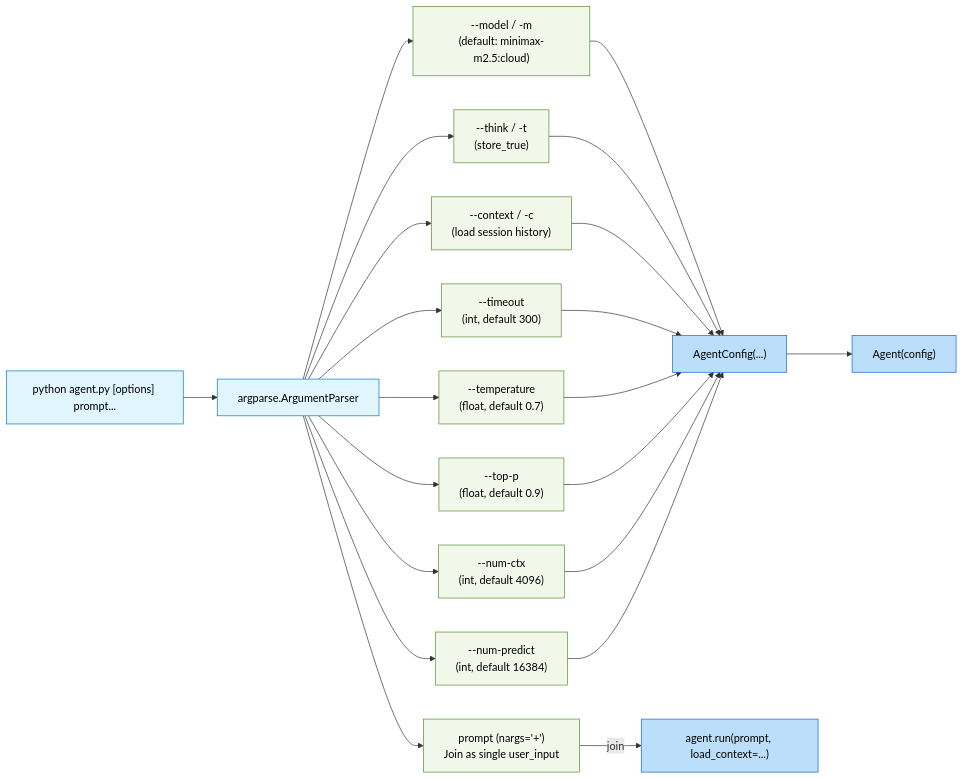
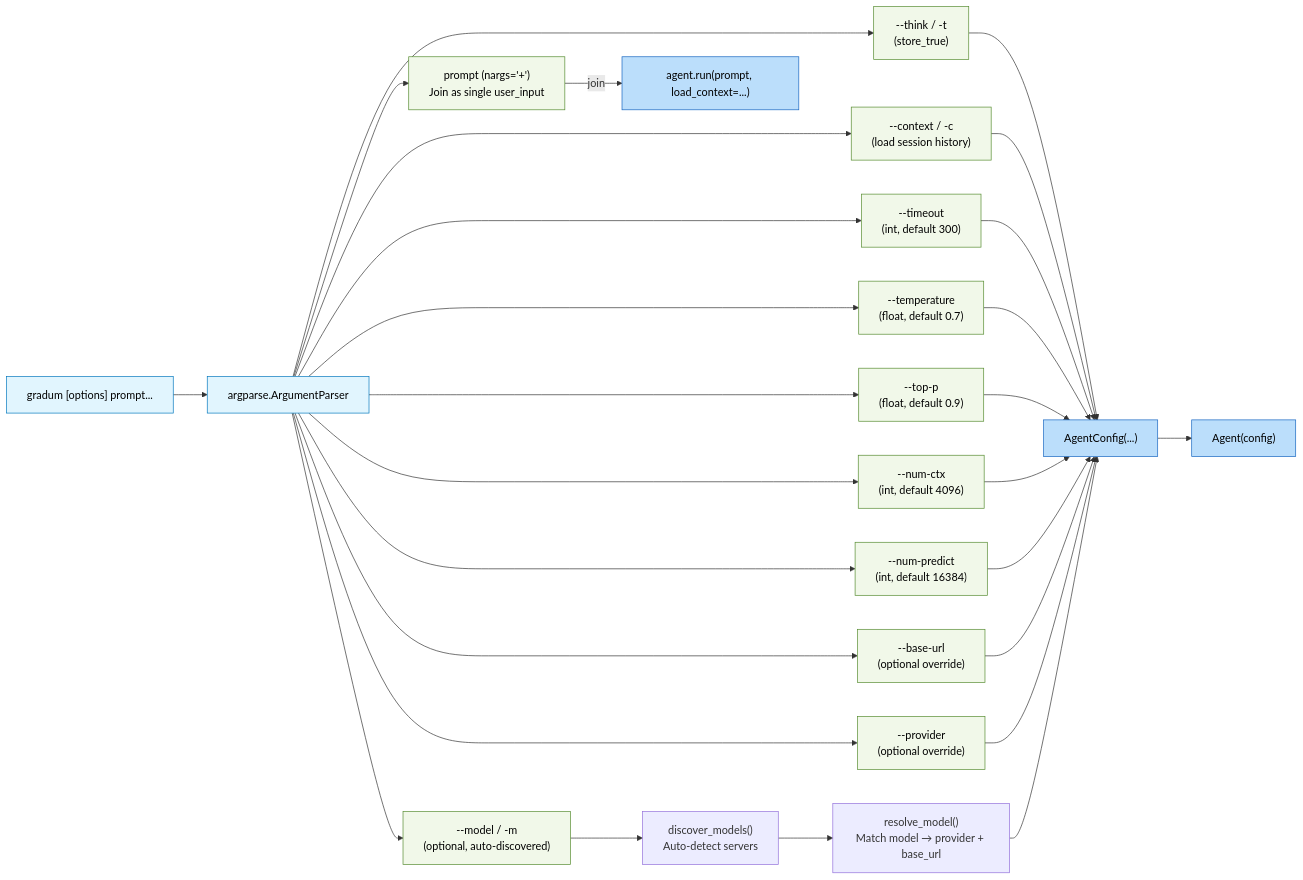
The eighth of 14 diagrams in docs/ARCHITECTURE.md (lg841226/Gradum), drawn with Mermaid before and after one commit. The commit also changed other lines of this file and 7 other files, not shown here.

````diff
--- a/docs/ARCHITECTURE.md
+++ b/docs/ARCHITECTURE.md
@@ -696,33 +725,39 @@
 ```mermaid
 graph LR
-    CLI["python agent.py [options] prompt..."]:::cli
+    CLI["gradum [options] prompt..."]:::cli
     Parser["argparse.ArgumentParser"]:::cli
 
     CLI --> Parser
 
-    Parser --> M["--model / -m<br/>(default: minimax-m2.5:cloud)"]:::opt
+    Parser --> M["--model / -m<br/>(optional, auto-discovered)"]:::opt
     Parser --> T["--think / -t<br/>(store_true)"]:::opt
     Parser --> C["--context / -c<br/>(load session history)"]:::opt
     Parser --> TO["--timeout<br/>(int, default 300)"]:::opt
     Parser --> TEMP["--temperature<br/>(float, default 0.7)"]:::opt
     Parser --> TP["--top-p<br/>(float, default 0.9)"]:::opt
     Parser --> NC["--num-ctx<br/>(int, default 4096)"]:::opt
     Parser --> NP["--num-predict<br/>(int, default 16384)"]:::opt
+    Parser --> BU["--base-url<br/>(optional override)"]:::opt
+    Parser --> PR["--provider<br/>(optional override)"]:::opt
     Parser --> P["prompt (nargs='+')<br/>Join as single user_input"]:::opt
 
-    M --> Cfg["AgentConfig(...)"]:::core
-    T --> Cfg
+    M --> Disc["discover_models()<br/>Auto-detect servers"]
+    Disc --> Resolve["resolve_model()<br/>Match model → provider + base_url"]
+    T --> Cfg["AgentConfig(...)"]:::core
     C --> Cfg
     TO --> Cfg
     TEMP --> Cfg
     TP --> Cfg
     NC --> Cfg
     NP --> Cfg
+    BU --> Cfg
+    PR --> Cfg
+    Resolve --> Cfg
 
     Cfg --> Agent["Agent(config)"]:::core
     P -->|"join"| Run["agent.run(prompt, load_context=...)"]:::core
 
     classDef cli fill:#e1f5fe,stroke:#0277bd,color:#000
     classDef opt fill:#f1f8e9,stroke:#558b2f,color:#000
     classDef core fill:#bbdefb,stroke:#1565c0,color:#000
 ```
````
